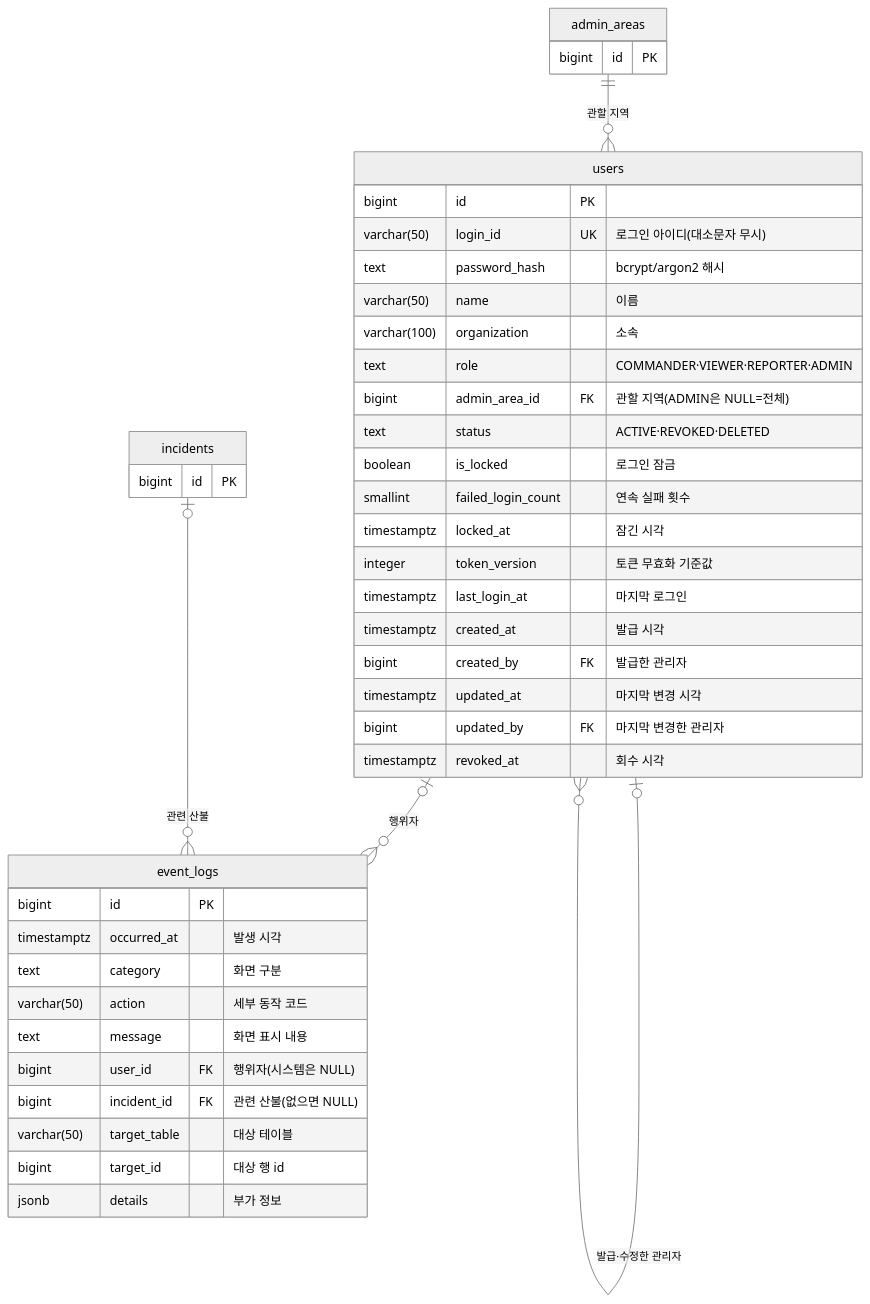
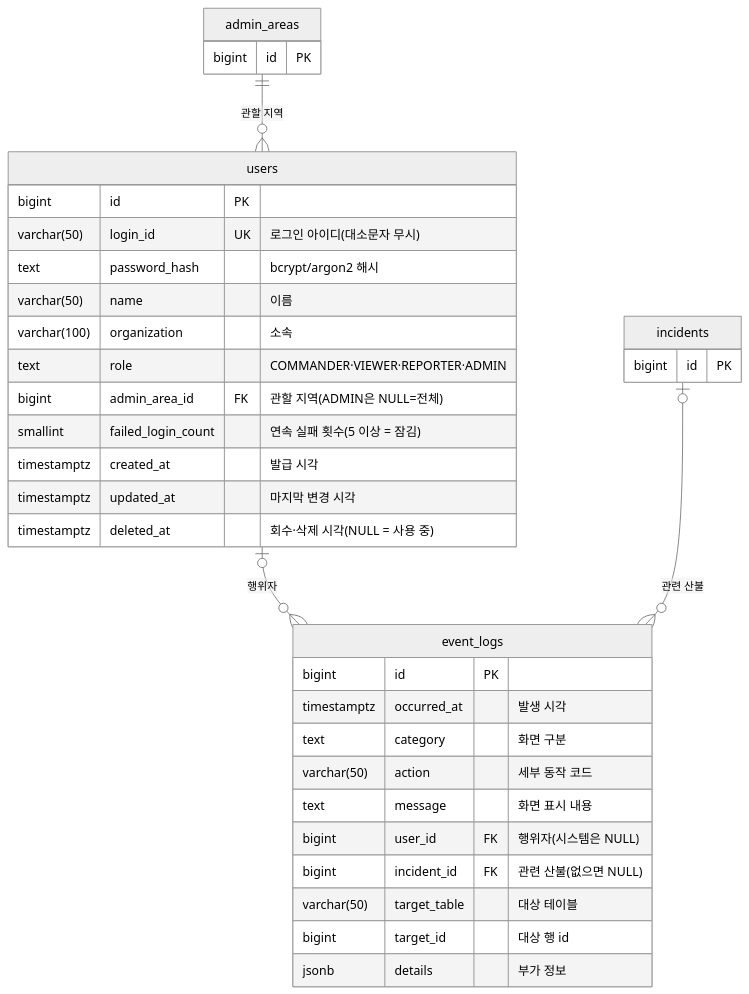
One commit to wildfire-guard-capstone/wfg-docs changed the eighth of 8 diagrams in docs/설계/DB-설계.md. Above: the diagram before and after it, drawn with Mermaid (neutral theme). The commit also changed other lines of this file, not shown here.

````diff
--- a/docs/설계/DB-설계.md
+++ b/docs/설계/DB-설계.md
@@ -595,49 +595,41 @@
 ```mermaid
 erDiagram
     admin_areas ||--o{ users : "관할 지역"
-    users |o--o{ users : "발급·수정한 관리자"
     users |o--o{ event_logs : "행위자"
     incidents |o--o{ event_logs : "관련 산불"
 
     users {
         bigint id PK
         varchar(50) login_id UK "로그인 아이디(대소문자 무시)"
         text password_hash "bcrypt/argon2 해시"
         varchar(50) name "이름"
         varchar(100) organization "소속"
         text role "COMMANDER·VIEWER·REPORTER·ADMIN"
         bigint admin_area_id FK "관할 지역(ADMIN은 NULL=전체)"
-        text status "ACTIVE·REVOKED·DELETED"
-        boolean is_locked "로그인 잠금"
-        smallint failed_login_count "연속 실패 횟수"
-        timestamptz locked_at "잠긴 시각"
-        integer token_version "토큰 무효화 기준값"
-        timestamptz last_login_at "마지막 로그인"
+        smallint failed_login_count "연속 실패 횟수(5 이상 = 잠김)"
         timestamptz created_at "발급 시각"
-        bigint created_by FK "발급한 관리자"
         timestamptz updated_at "마지막 변경 시각"
-        bigint updated_by FK "마지막 변경한 관리자"
-        timestamptz revoked_at "회수 시각"
+        timestamptz deleted_at "회수·삭제 시각(NULL = 사용 중)"
     }
 
     event_logs {
         bigint id PK
         timestamptz occurred_at "발생 시각"
         text category "화면 구분"
         varchar(50) action "세부 동작 코드"
         text message "화면 표시 내용"
         bigint user_id FK "행위자(시스템은 NULL)"
         bigint incident_id FK "관련 산불(없으면 NULL)"
         varchar(50) target_table "대상 테이블"
         bigint target_id "대상 행 id"
         jsonb details "부가 정보"
     }
 
     admin_areas {
         bigint id PK
     }
 
     incidents {
         bigint id PK
     }
 ```
````
